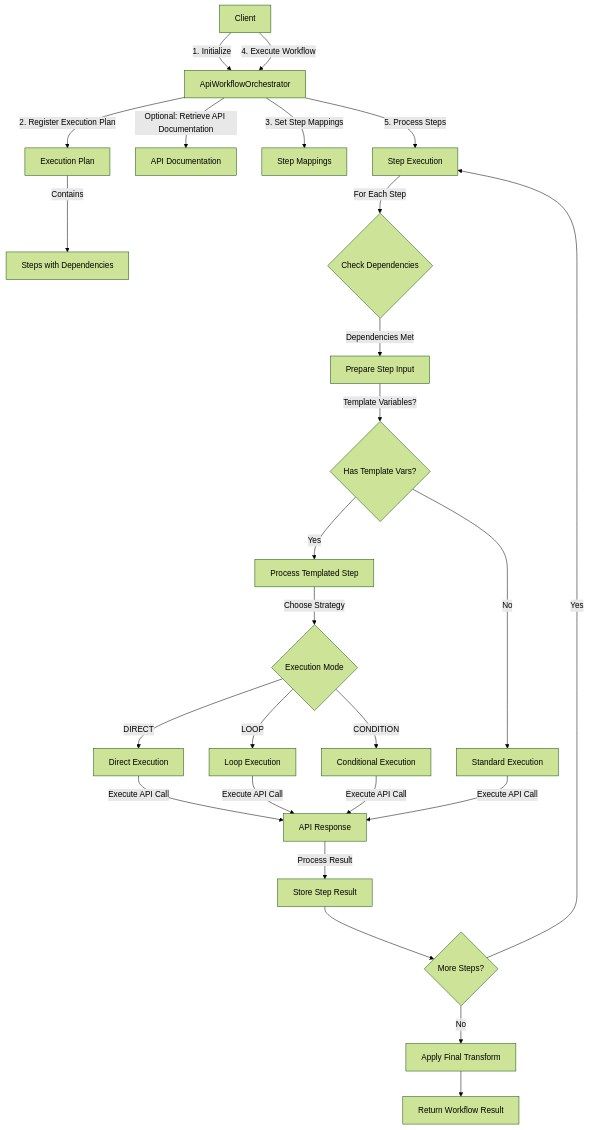
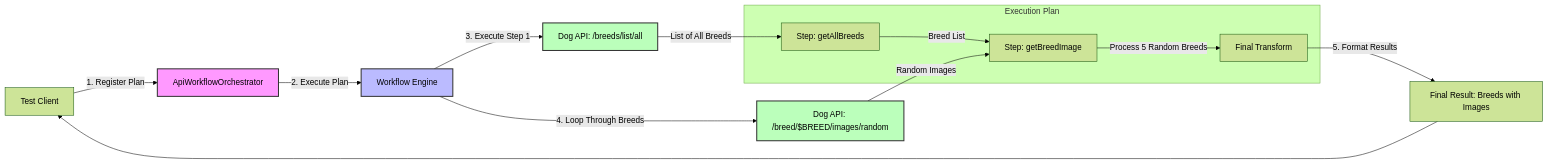
Before and after one commit to superglue-ai/superglue: the third of 4 diagrams in packages/core/components/workflow/README.md, drawn with Mermaid (forest theme). The commit also changed other lines of this file, not shown here.

````diff
--- a/packages/core/components/workflow/README.md
+++ b/packages/core/components/workflow/README.md
@@ -109,28 +85,25 @@
 ```mermaid
-flowchart TD
-    A[Client] -->|1. Initialize| B[ApiWorkflowOrchestrator]
-    B -->|2. Register Execution Plan| C[Execution Plan]
-    B -->|Optional: Retrieve API Documentation| D[API Documentation]
-    C -->|Contains| E[Steps with Dependencies]
-    B -->|3. Set Step Mappings| F[Step Mappings]
-    A -->|4. Execute Workflow| B
-    B -->|5. Process Steps| G[Step Execution]
-    G -->|For Each Step| H{Check Dependencies}
-    H -->|Dependencies Met| I[Prepare Step Input]
-    I -->|Template Variables?| J{Has Template Vars?}
-    J -->|Yes| K[Process Templated Step]
-    J -->|No| L[Standard Execution]
-    K -->|Choose Strategy| M{Execution Mode}
-    M -->|DIRECT| N[Direct Execution]
-    M -->|LOOP| O[Loop Execution]
-    M -->|CONDITION| P[Conditional Execution]
-    N -->|Execute API Call| Q[API Response]
-    O -->|Execute API Call| Q
-    P -->|Execute API Call| Q
-    L -->|Execute API Call| Q
-    Q -->|Process Result| R[Store Step Result]
-    R --> S{More Steps?}
-    S -->|Yes| G
-    S -->|No| T[Apply Final Transform]
-    T --> U[Return Workflow Result]
+graph LR
+    Client[Test Client] --> |1. Register Plan| Orchestrator[ApiWorkflowOrchestrator]
+    Orchestrator --> |2. Execute Plan| ExecutionEngine[Workflow Engine]
+    
+    subgraph "Execution Plan"
+        Step1[Step: getAllBreeds] --> |Breed List| Step2[Step: getBreedImage]
+        Step2 --> |Process 5 Random Breeds| FinalTransform[Final Transform]
+    end
+    
+    ExecutionEngine --> |3. Execute Step 1| DogAPI1[Dog API: /breeds/list/all]
+    DogAPI1 --> |List of All Breeds| Step1
+    
+    ExecutionEngine --> |4. Loop Through Breeds| DogAPI2[Dog API: /breed/$BREED/images/random]
+    DogAPI2 --> |Random Images| Step2
+    
+    FinalTransform --> |5. Format Results| Result[Final Result: Breeds with Images]
+    
+    Result --> Client
+    
+    style Orchestrator fill:#f9f,stroke:#333,stroke-width:2px
+    style ExecutionEngine fill:#bbf,stroke:#333,stroke-width:2px
+    style DogAPI1 fill:#bfb,stroke:#333,stroke-width:2px
+    style DogAPI2 fill:#bfb,stroke:#333,stroke-width:2px
 ```
````
